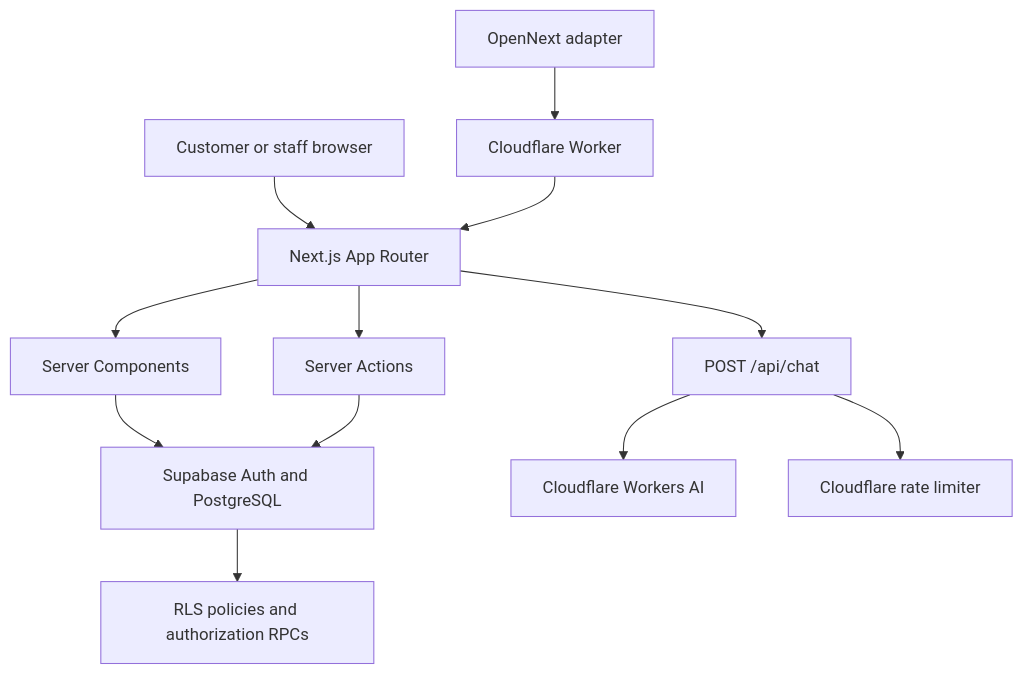
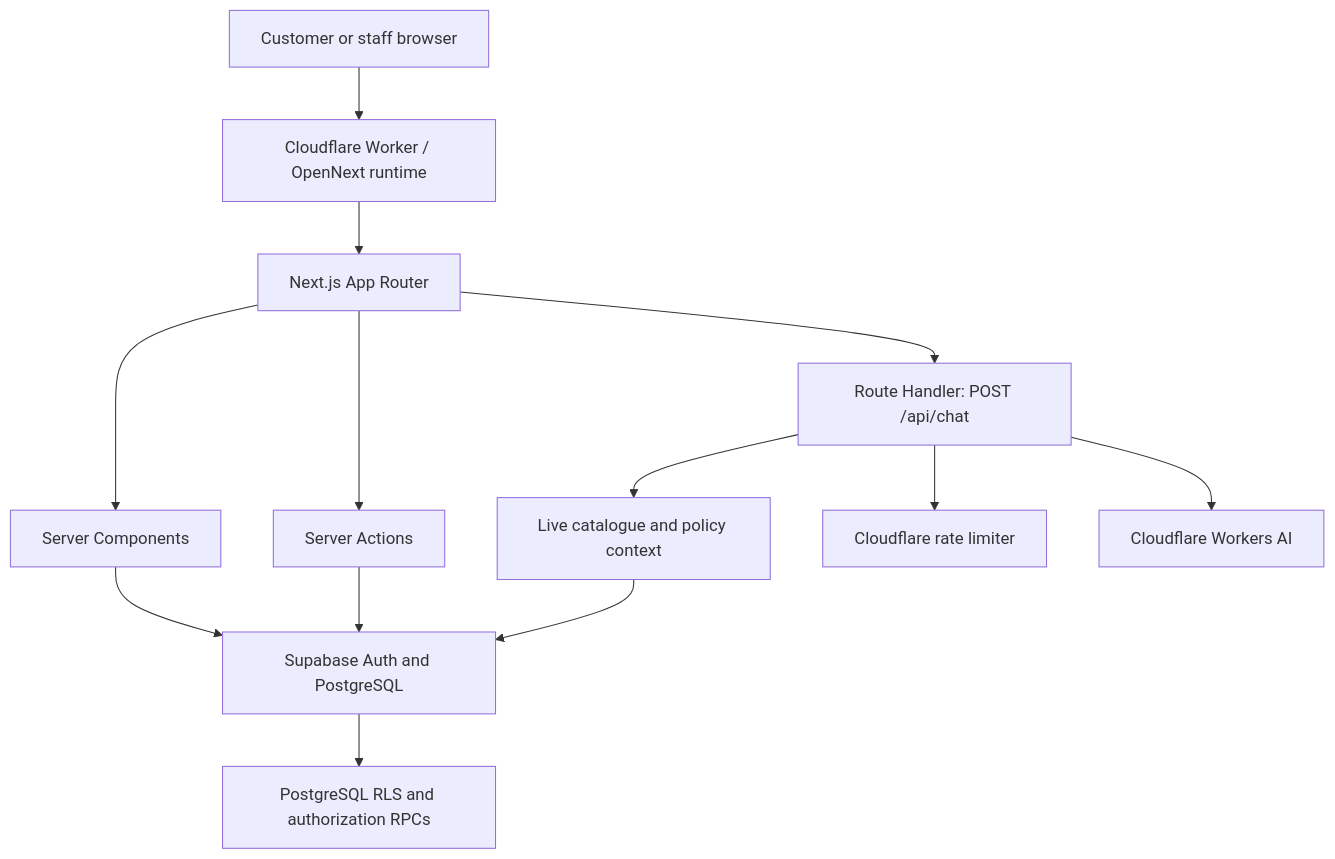
One commit to hoangvanpierre/Solenne changed the first of 2 diagrams in README.md. Above: the diagram before and after it, drawn with Mermaid. The commit also changed other lines of this file and 1 other file, not shown here.

````diff
--- a/README.md
+++ b/README.md
@@ -94,14 +131,15 @@
 ```mermaid
 flowchart TD
-    A[Customer or staff browser] --> B[Next.js App Router]
-    B --> C[Server Components]
-    B --> D[Server Actions]
-    B --> E[POST /api/chat]
-    C --> F[Supabase Auth and PostgreSQL]
-    D --> F
-    F --> G[RLS policies and authorization RPCs]
-    E --> H[Cloudflare Workers AI]
-    E --> I[Cloudflare rate limiter]
-    J[OpenNext adapter] --> K[Cloudflare Worker]
-    K --> B
+    A[Customer or staff browser] --> B[Cloudflare Worker / OpenNext runtime]
+    B --> C[Next.js App Router]
+    C --> D[Server Components]
+    C --> E[Server Actions]
+    C --> F["Route Handler: POST /api/chat"]
+    D --> G[Supabase Auth and PostgreSQL]
+    E --> G
+    G --> H[PostgreSQL RLS and authorization RPCs]
+    F --> I[Live catalogue and policy context]
+    I --> G
+    F --> J[Cloudflare rate limiter]
+    F --> K[Cloudflare Workers AI]
 ```
````
